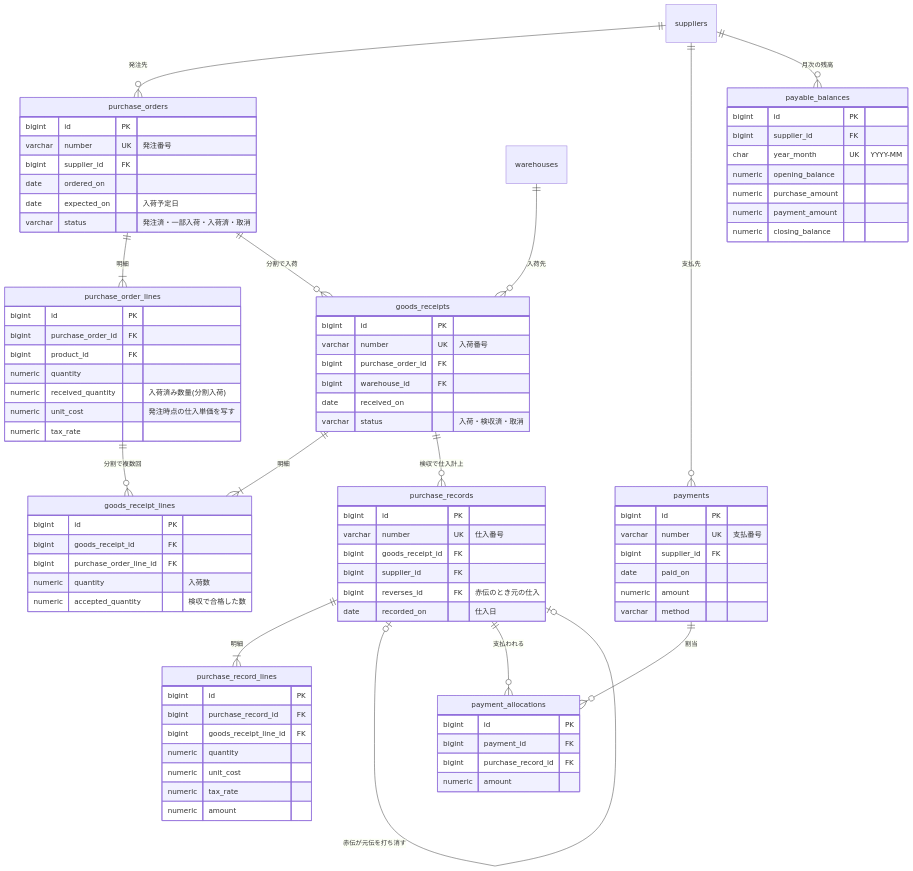
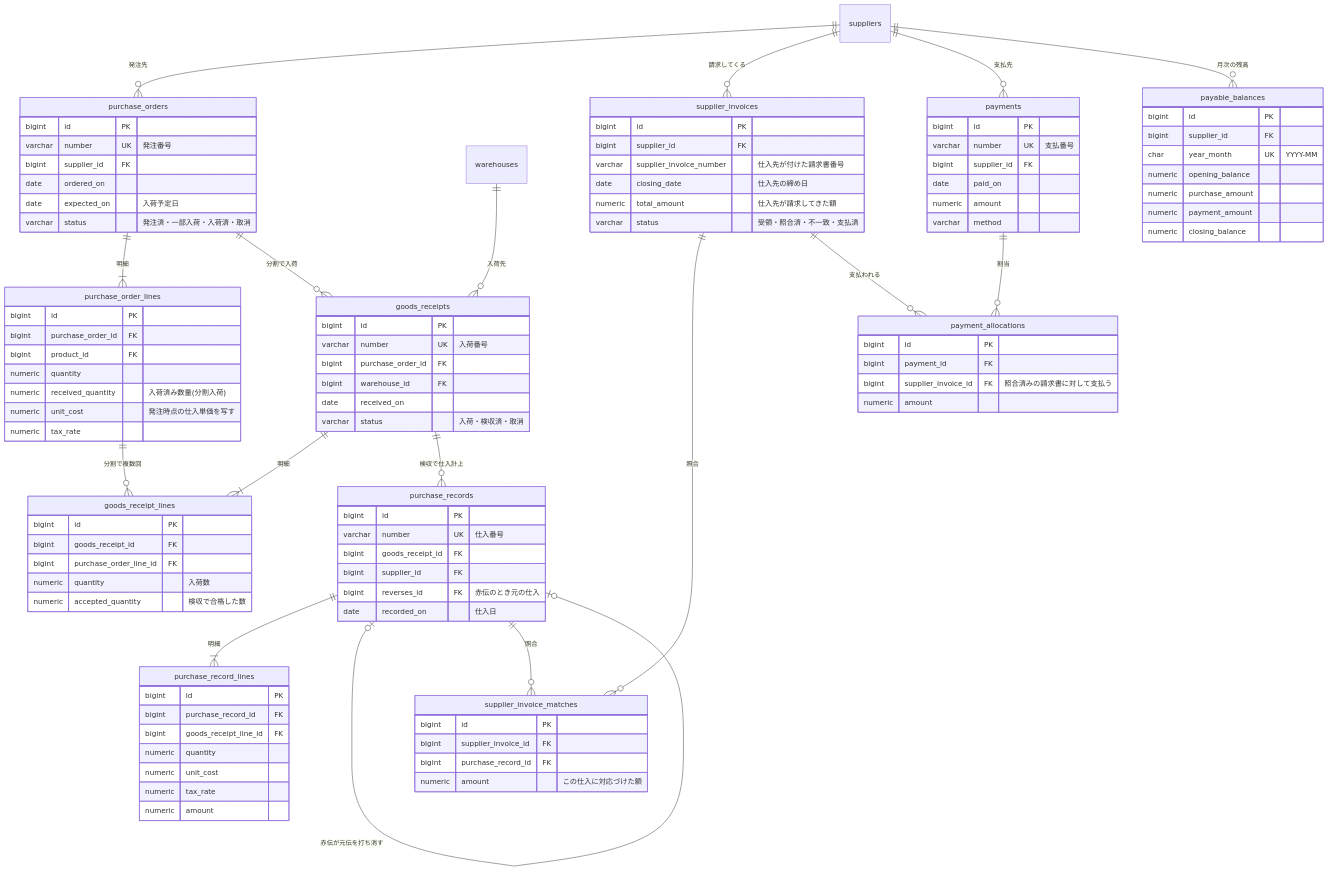
One commit to kiyo015/sales-core changed the fourth of 7 diagrams in docs/domain/er-diagram.md. Above: the diagram before and after it, drawn with Mermaid. The commit also changed other lines of this file and 4 other files, not shown here.

```diff
--- a/docs/domain/er-diagram.md
+++ b/docs/domain/er-diagram.md
@@ -285,9 +285,12 @@
     goods_receipts ||--o{ purchase_records : "検収で仕入計上"
     purchase_records ||--|{ purchase_record_lines : "明細"
     purchase_records |o--o| purchase_records : "赤伝が元伝を打ち消す"
+    suppliers ||--o{ supplier_invoices : "請求してくる"
+    supplier_invoices ||--o{ supplier_invoice_matches : "照合"
+    purchase_records ||--o{ supplier_invoice_matches : "照合"
     suppliers ||--o{ payments : "支払先"
     payments ||--o{ payment_allocations : "割当"
-    purchase_records ||--o{ payment_allocations : "支払われる"
+    supplier_invoices ||--o{ payment_allocations : "支払われる"
     suppliers ||--o{ payable_balances : "月次の残高"
 
     purchase_orders {
@@ -339,6 +342,20 @@
         numeric tax_rate
         numeric amount
     }
+    supplier_invoices {
+        bigint id PK
+        bigint supplier_id FK
+        varchar supplier_invoice_number "仕入先が付けた請求書番号"
+        date closing_date "仕入先の締め日"
+        numeric total_amount "仕入先が請求してきた額"
+        varchar status "受領・照合済・不一致・支払済"
+    }
+    supplier_invoice_matches {
+        bigint id PK
+        bigint supplier_invoice_id FK
+        bigint purchase_record_id FK
+        numeric amount "この仕入に対応づけた額"
+    }
     payments {
         bigint id PK
         varchar number UK "支払番号"
@@ -350,7 +367,7 @@
     payment_allocations {
         bigint id PK
         bigint payment_id FK
-        bigint purchase_record_id FK
+        bigint supplier_invoice_id FK "照合済みの請求書に対して支払う"
         numeric amount
     }
     payable_balances {
```
